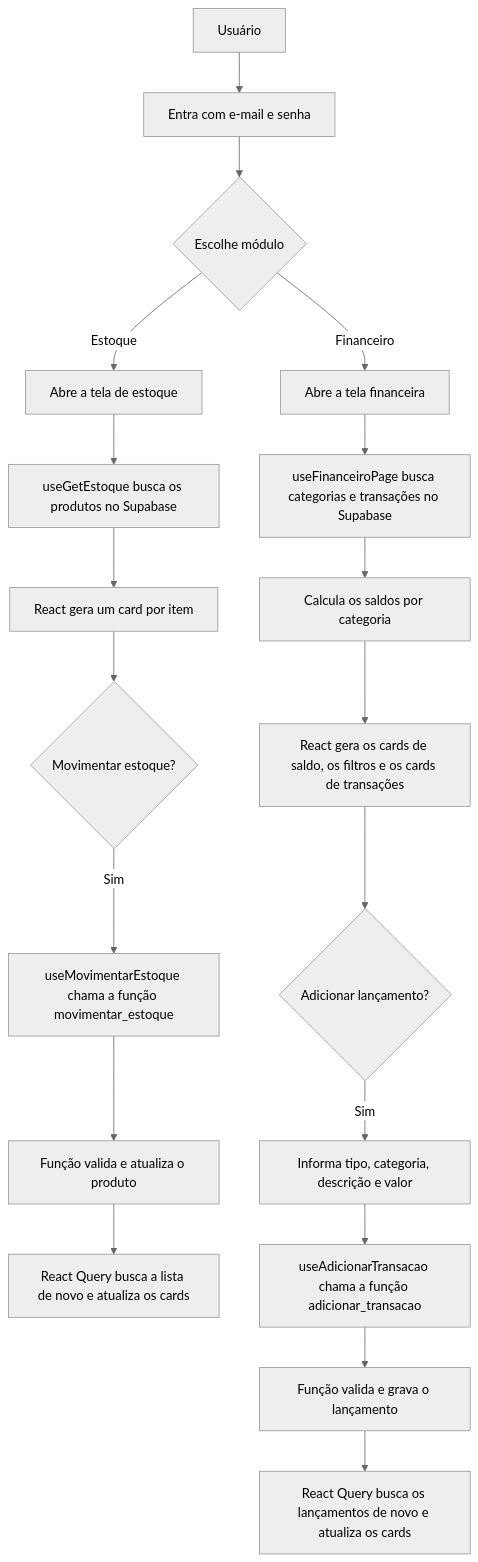
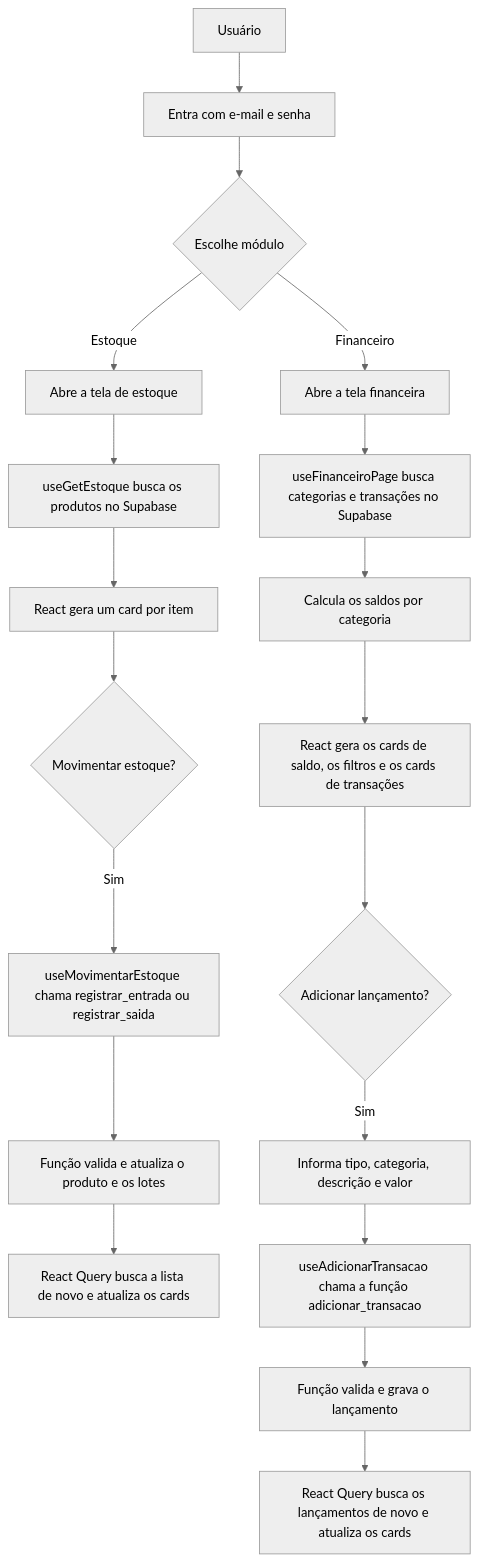
The first of 3 diagrams in COMO-INICIAR.md (FontanaLeo/acougue-manager), drawn with Mermaid (neutral theme) before and after one commit. The commit also changed other lines of this file and 138 other files, not shown here.

````diff
--- a/COMO-INICIAR.md
+++ b/COMO-INICIAR.md
@@ -62,23 +80,23 @@
 ```mermaid
 flowchart TD
     U[Usuário] --> L[Entra com e-mail e senha]
     L --> M{Escolhe módulo}
 
     M -->|Estoque| E1[Abre a tela de estoque]
     E1 --> E2[useGetEstoque busca os produtos no Supabase]
     E2 --> E3[React gera um card por item]
     E3 --> E4{Movimentar estoque?}
-    E4 -->|Sim| E5[useMovimentarEstoque chama a função movimentar_estoque]
-    E5 --> E6[Função valida e atualiza o produto]
+    E4 -->|Sim| E5[useMovimentarEstoque chama registrar_entrada ou registrar_saida]
+    E5 --> E6[Função valida e atualiza o produto e os lotes]
     E6 --> E7[React Query busca a lista de novo e atualiza os cards]
 
     M -->|Financeiro| F1[Abre a tela financeira]
     F1 --> F2[useFinanceiroPage busca categorias e transações no Supabase]
     F2 --> F3[Calcula os saldos por categoria]
     F3 --> F4[React gera os cards de saldo, os filtros e os cards de transações]
     F4 --> F5{Adicionar lançamento?}
     F5 -->|Sim| F6[Informa tipo, categoria, descrição e valor]
     F6 --> F7[useAdicionarTransacao chama a função adicionar_transacao]
     F7 --> F8[Função valida e grava o lançamento]
     F8 --> F9[React Query busca os lançamentos de novo e atualiza os cards]
 ```
````
